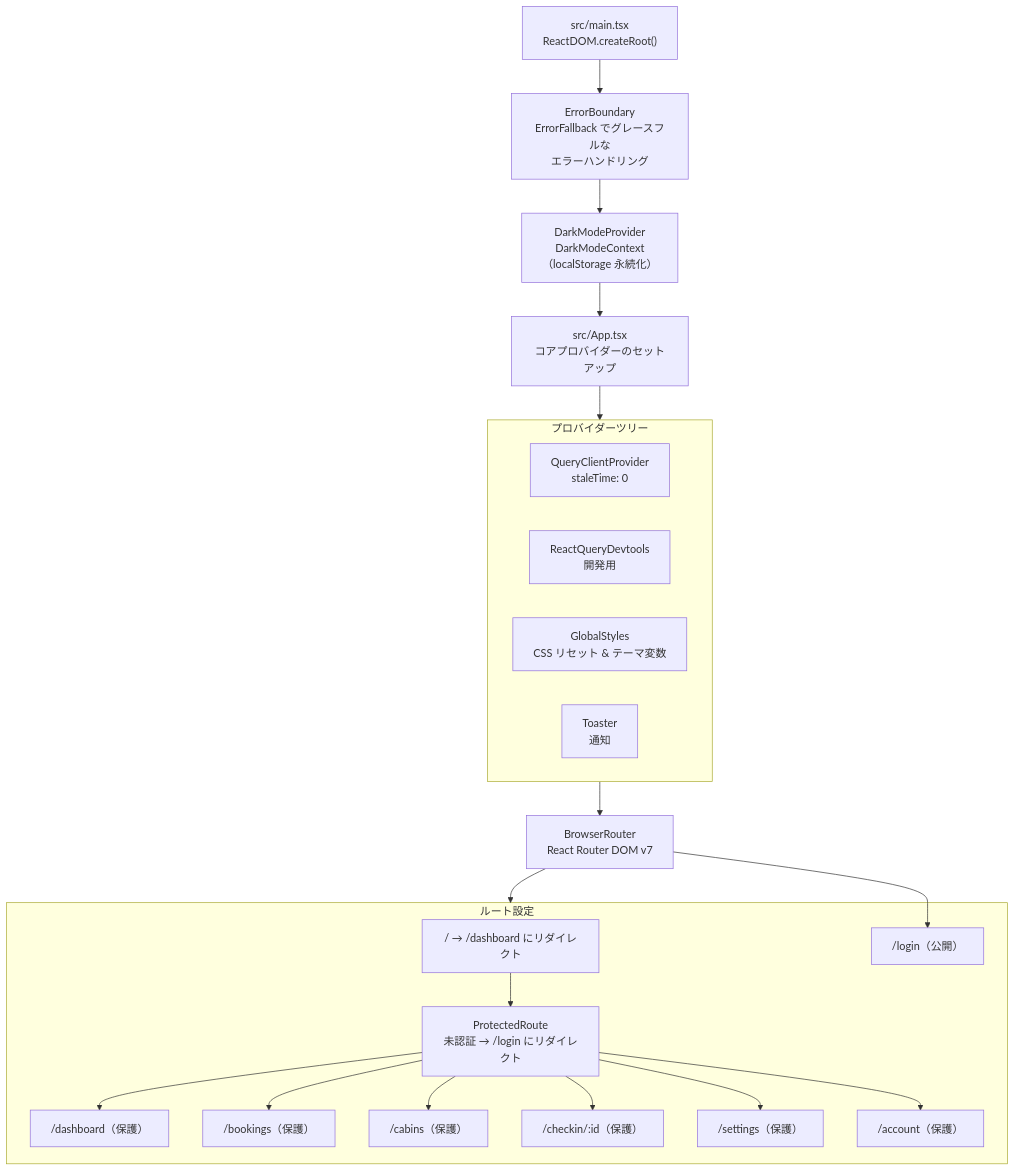
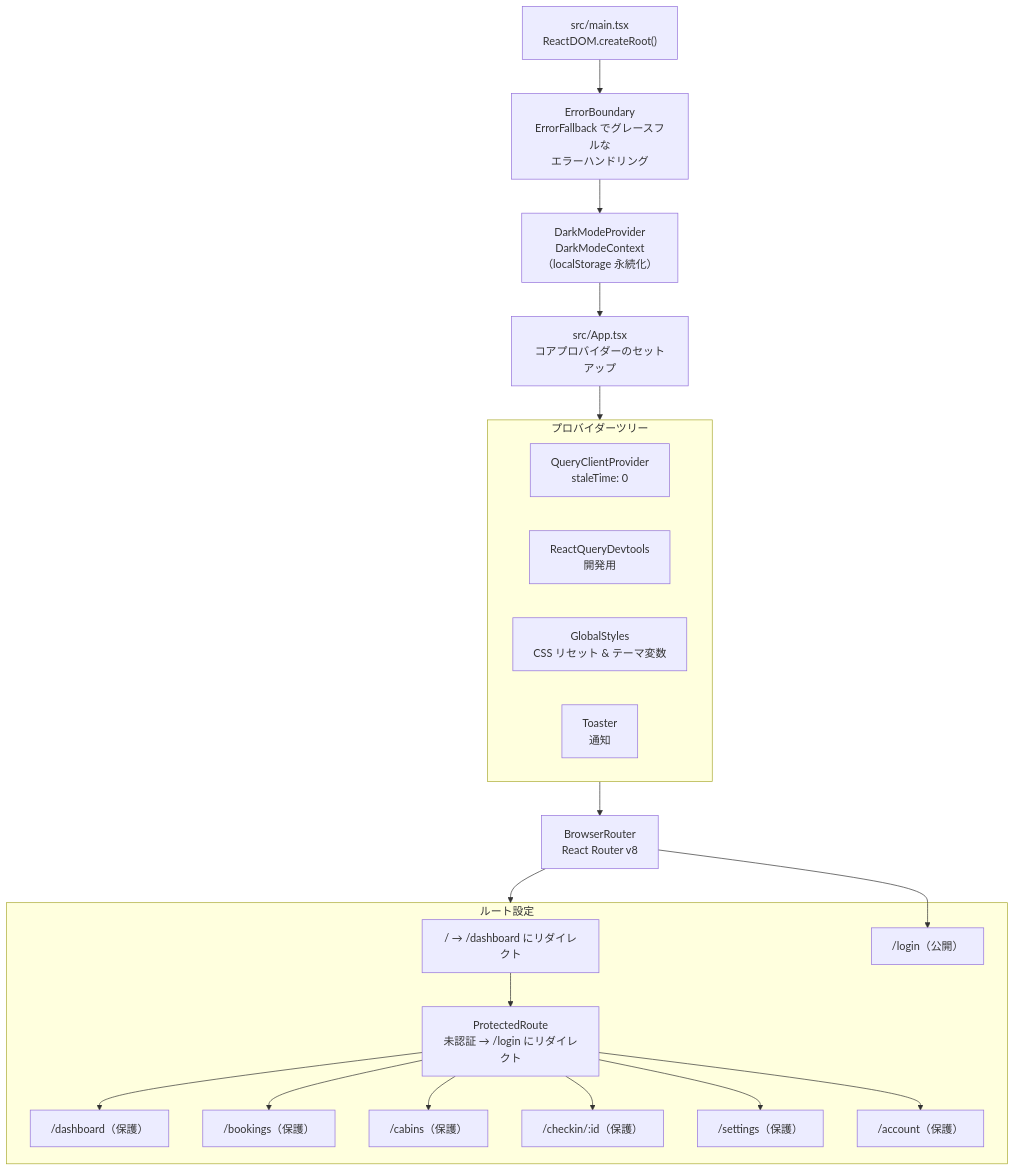
One commit to myoshi2891/The-Wild-Oasis-For-Admin changed the sixth of 7 diagrams in README.md. Above: the diagram before and after it, drawn with Mermaid. The commit also changed other lines of this file and 3 other files, not shown here.

Commit message:
docs(deps): document React Router 8 requirements

````diff
--- a/README.md
+++ b/README.md
@@ -285,41 +285,41 @@
 ```mermaid
 flowchart TD
     MAIN["src/main.tsx\nReactDOM.createRoot()"]
     EB["ErrorBoundary\nErrorFallback でグレースフルな\nエラーハンドリング"]
     DMP["DarkModeProvider\nDarkModeContext\n（localStorage 永続化）"]
     APP["src/App.tsx\nコアプロバイダーのセットアップ"]
 
     subgraph PROVIDERS["プロバイダーツリー"]
         QCP["QueryClientProvider\nstaleTime: 0"]
         RQD["ReactQueryDevtools\n開発用"]
         GS["GlobalStyles\nCSS リセット & テーマ変数"]
         TOASTER["Toaster\n通知"]
     end
 
-    BROWSER["BrowserRouter\nReact Router DOM v7"]
+    BROWSER["BrowserRouter\nReact Router v8"]
 
     subgraph ROUTES["ルート設定"]
         ROOT["/ → /dashboard にリダイレクト"]
         PROT["ProtectedRoute\n未認証 → /login にリダイレクト"]
         LOGIN["/login（公開）"]
         DASH2["/dashboard（保護）"]
         BOOK2["/bookings（保護）"]
         CABIN2["/cabins（保護）"]
         CHECK["/checkin/:id（保護）"]
         SET["/settings（保護）"]
         ACC["/account（保護）"]
     end
 
     MAIN --> EB --> DMP --> APP
     APP --> PROVIDERS
     PROVIDERS --> BROWSER
     BROWSER --> ROUTES
     ROOT --> PROT
     PROT --> DASH2
     PROT --> BOOK2
     PROT --> CABIN2
     PROT --> CHECK
     PROT --> SET
     PROT --> ACC
     BROWSER --> LOGIN
 ```
````
